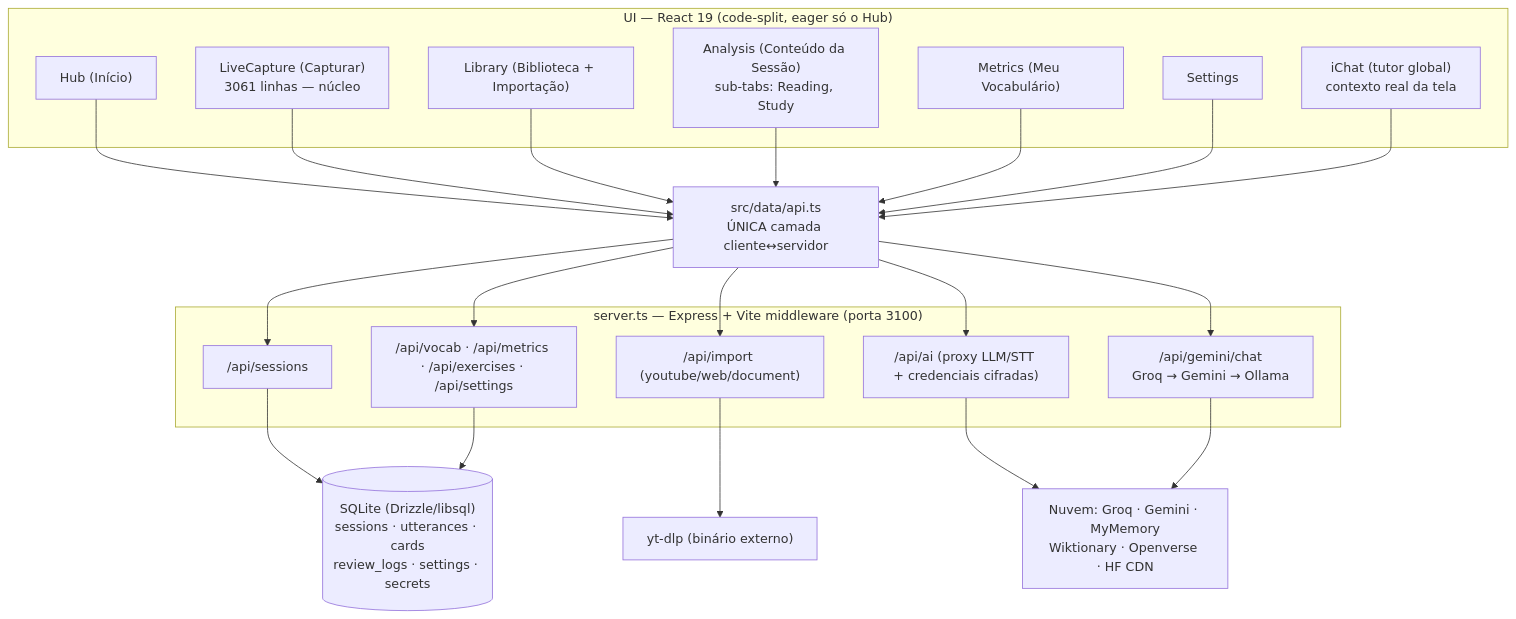
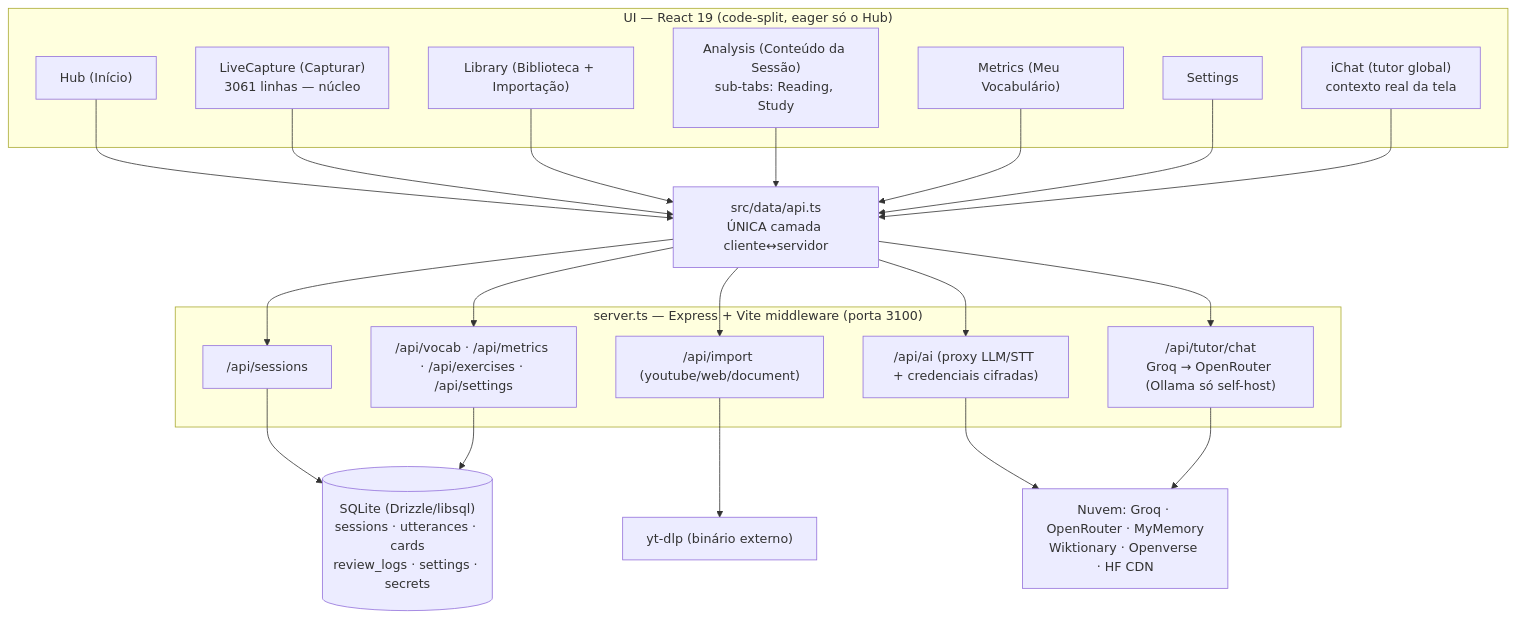
The first of 4 diagrams in docs/arquitetura.md (GuilhermeLVL/babel-play), drawn with Mermaid before and after one commit. The commit also changed 38 other files, not shown here.

First line of the commit message:
feat(ia): prompt por função no servidor e tutor sem Gemini

````diff
--- a/docs/arquitetura.md
+++ b/docs/arquitetura.md
@@ -48,33 +48,33 @@
 ```mermaid
 flowchart TB
     subgraph UI["UI — React 19 (code-split, eager só o Hub)"]
         Hub["Hub (Início)"]
         LC["LiveCapture (Capturar)\n3061 linhas — núcleo"]
         Lib["Library (Biblioteca + Importação)"]
         Ana["Analysis (Conteúdo da Sessão)\nsub-tabs: Reading, Study"]
         Met["Metrics (Meu Vocabulário)"]
         Set["Settings"]
         IChat["iChat (tutor global)\ncontexto real da tela"]
     end
 
     API["src/data/api.ts\nÚNICA camada cliente↔servidor"]
 
     subgraph SRV["server.ts — Express + Vite middleware (porta 3100)"]
         RS["/api/sessions"]
         RI["/api/import (youtube/web/document)"]
         RV["/api/vocab · /api/metrics · /api/exercises · /api/settings"]
         RA["/api/ai (proxy LLM/STT + credenciais cifradas)"]
-        RG["/api/gemini/chat\nGroq → Gemini → Ollama"]
+        RG["/api/tutor/chat\nGroq → OpenRouter (Ollama só self-host)"]
     end
 
     DB[("SQLite (Drizzle/libsql)\nsessions · utterances · cards\nreview_logs · settings · secrets")]
 
     YT["yt-dlp (binário externo)"]
-    CLOUD["Nuvem: Groq · Gemini · MyMemory\nWiktionary · Openverse · HF CDN"]
+    CLOUD["Nuvem: Groq · OpenRouter · MyMemory\nWiktionary · Openverse · HF CDN"]
 
     Hub & LC & Lib & Ana & Met & Set & IChat --> API
     API --> RS & RI & RV & RA & RG
     RS & RV --> DB
     RI --> YT
     RA & RG --> CLOUD
 ```
````
